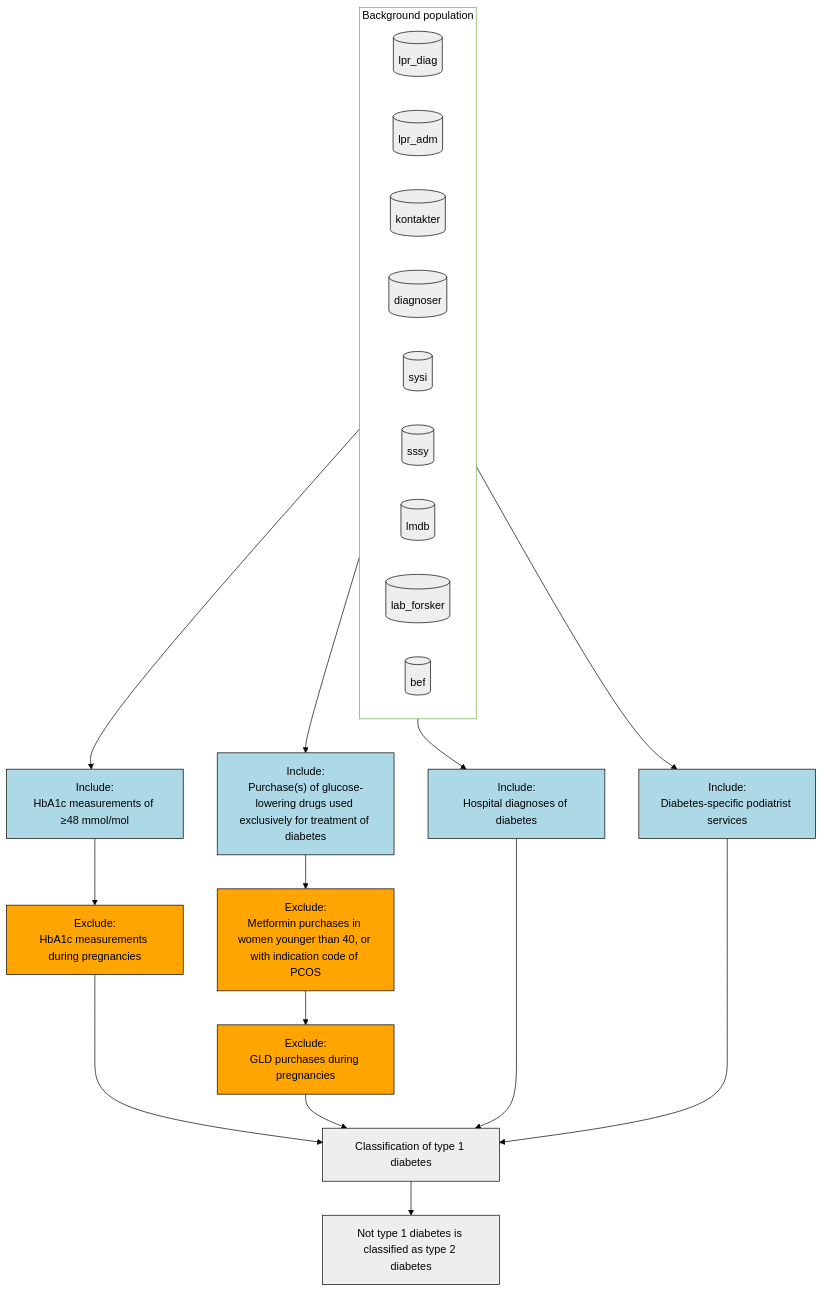
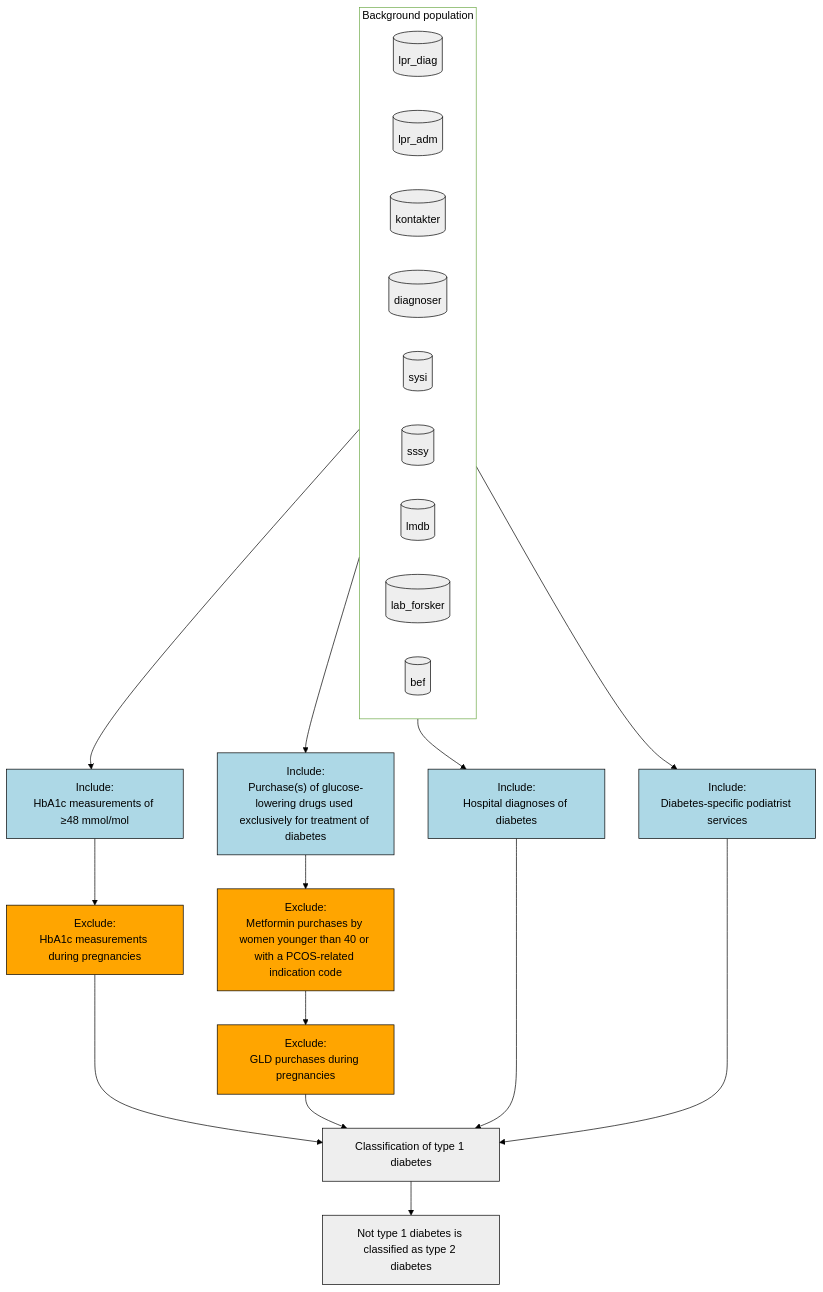
The diagram in vignettes/algorithm.qmd (steno-aarhus/osdc), drawn with Mermaid (forest theme) before and after one commit. The commit also changed other lines of this file and 7 other files, not shown here.

````diff
--- a/vignettes/algorithm.qmd
+++ b/vignettes/algorithm.qmd
@@ -85,46 +84,46 @@
 ```{mermaid}
 %%| eval: true
 %%| fig-cap: "Flow of inclusions and exclusions used for classifying diabetes status using the osdc package. Light blue and orange boxes represent inclusions and exclusions, respectively."
 
 flowchart TD
   subgraph background_population["Background population"]
     lpr_diag[("lpr_diag")]
     lpr_adm[("lpr_adm")]
     kontakter[("kontakter")]
     diagnoser[("diagnoser")]
     sysi[("sysi")]
     sssy[("sssy")]
     lmdb[("lmdb")]
     lab_forsker[("lab_forsker")]
     bef[("bef")]
   end
 
     background_population --> diabetes_diagnoses["Include:<br>Hospital diagnoses of diabetes"]:::include
     background_population --> hba1c["Include:<br>HbA1c measurements of ≥48 mmol/mol"]:::include
 
     hba1c --> drop_pregnancies_hba1c["Exclude:<br>HbA1c measurements during pregnancies"]:::exclude
 
     background_population --> gld["Include:<br>Purchase(s) of glucose-lowering drugs used exclusively for treatment of diabetes"]:::include
-    gld --> drop_pcos["Exclude:<br>Metformin purchases in women younger than 40, or with indication code of PCOS"]:::exclude
+    gld --> drop_pcos["Exclude:<br>Metformin purchases by women younger than 40 or with a PCOS-related indication code"]:::exclude
     drop_pcos --> drop_pregnancies_gld["Exclude:<br>GLD purchases during pregnancies"]:::exclude
     
     background_population --> podiatrist_services["Include:<br>Diabetes-specific podiatrist services"]:::include
 
     %% Join in classify
     drop_pregnancies_hba1c --> classify_t1d["Classification of type 1 diabetes"]
     drop_pregnancies_gld --> classify_t1d
     diabetes_diagnoses --> classify_t1d
     podiatrist_services --> classify_t1d
 
     classify_t1d --> classify_t2d["Not type 1 diabetes is classified as type 2 diabetes"]
 
     background_population ~~~ diabetes_diagnoses
     background_population ~~~ podiatrist_services
     background_population ~~~ hba1c
 
   %% Styling
   classDef default fill:#EEEEEE, color:#000000, stroke:#000000
   classDef include fill:lightblue
   classDef exclude fill:orange
   style background_population fill:#FFFFFF, color:#000000
 ```
````
